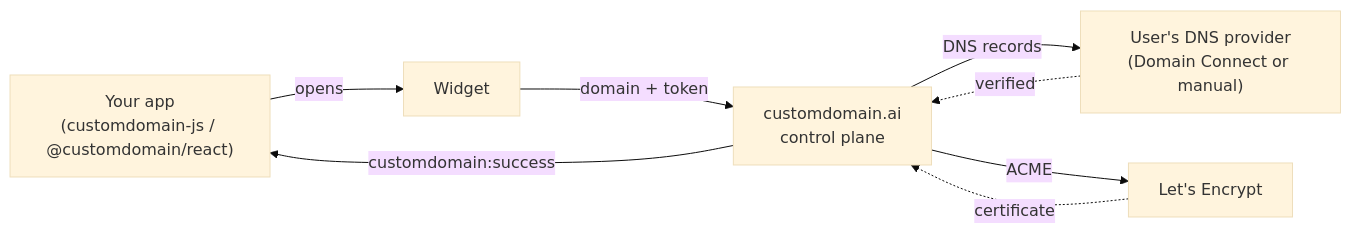
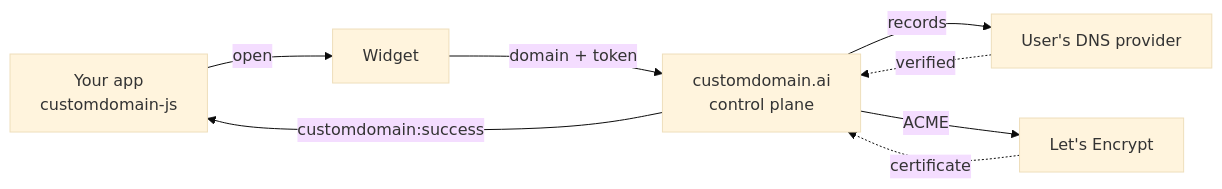
The diagram in README.md (CUSTOM-DOMAIN-APP/customdomain-sdk), drawn with Mermaid (base theme) before and after one commit. The commit also changed other lines of this file, not shown here.

````diff
--- a/README.md
+++ b/README.md
@@ -88,10 +99,10 @@
 ```mermaid
 flowchart LR
-    A["Your app<br/>(customdomain-js / @customdomain/react)"] -->|opens| B[Widget]
+    A["Your app<br/>customdomain-js"] -->|open| B[Widget]
     B -->|domain + token| C["customdomain.ai<br/>control plane"]
-    C -->|DNS records| D["User's DNS provider<br/>(Domain Connect or manual)"]
-    C -->|ACME| E[Let's Encrypt]
+    C -->|records| D["User's DNS provider"]
+    C -->|ACME| E["Let's Encrypt"]
     D -.->|verified| C
     E -.->|certificate| C
     C -->|customdomain:success| A
 ```
````
